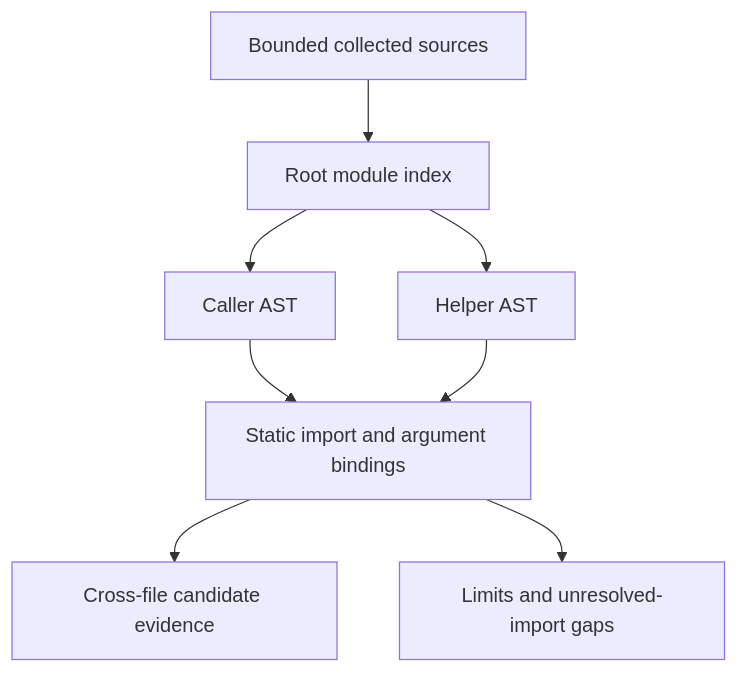
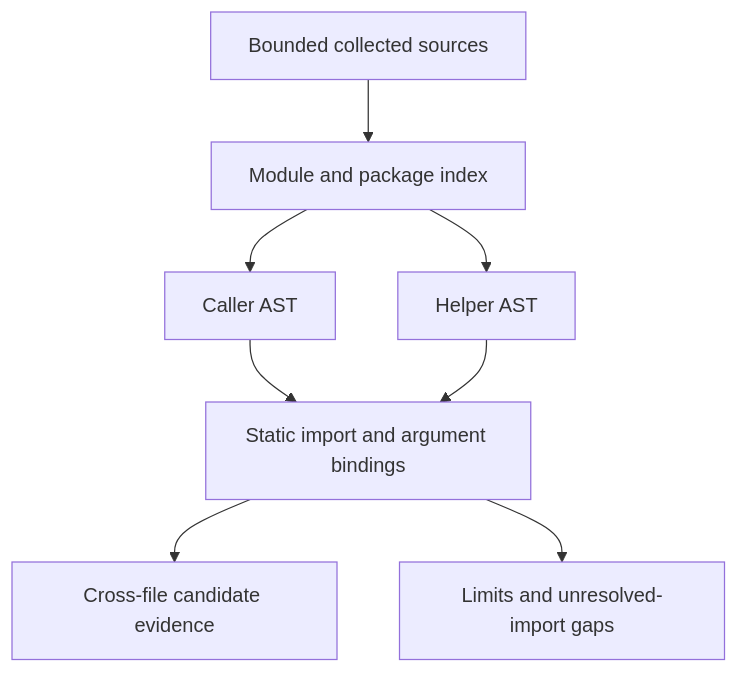
Before and after one commit to MatthiasLew/ai-threat-lab: the diagram in docs/PYTHON_PROJECT_FLOW.md, drawn with Mermaid. The commit also changed other lines of this file and 24 other files, not shown here.

````diff
--- a/docs/PYTHON_PROJECT_FLOW.md
+++ b/docs/PYTHON_PROJECT_FLOW.md
@@ -60,10 +62,10 @@
 ```mermaid
 flowchart TD
-    C["Bounded collected sources"] --> I["Root module index"]
+    C["Bounded collected sources"] --> I["Module and package index"]
     I --> A["Caller AST"]
     I --> H["Helper AST"]
     A --> B["Static import and argument bindings"]
     H --> B
     B --> F["Cross-file candidate evidence"]
     B --> G["Limits and unresolved-import gaps"]
 ```
````
